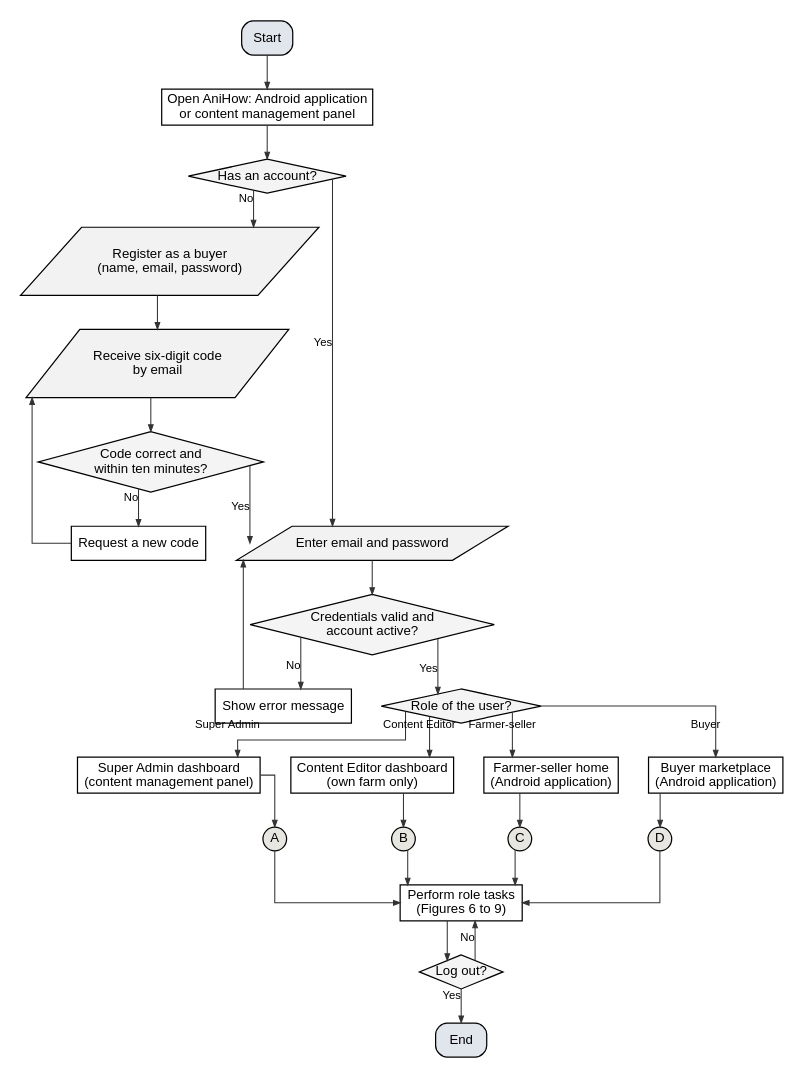
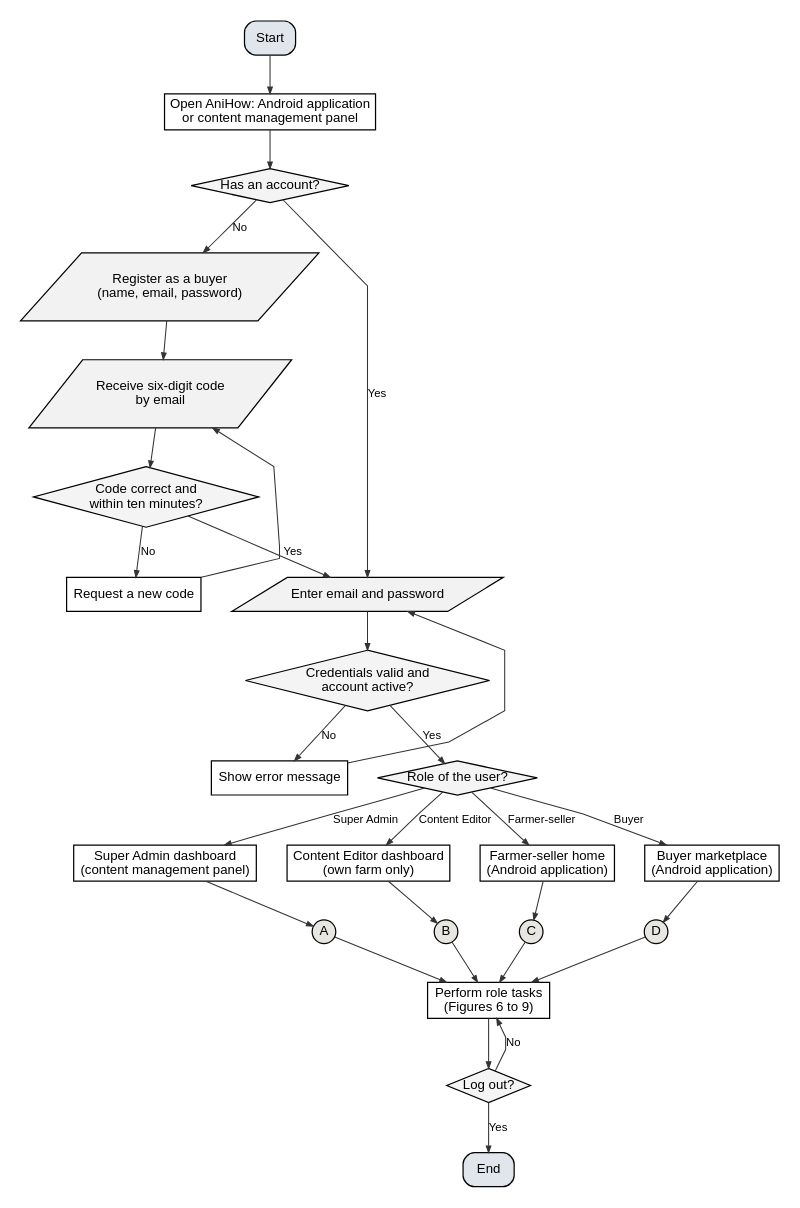
One commit to shawncastaneda11-commits/anihow-backend changed the diagram in docs/manuscript/figures/src/fig5a_flow_overall.dot. Above: the diagram before and after it, drawn with Graphviz. The commit also changed 18 other files, not shown here.

First line of the commit message:
docs(manuscript): keep flowchart and context-diagram labels off the lines

```diff
--- a/docs/manuscript/figures/src/fig5a_flow_overall.dot
+++ b/docs/manuscript/figures/src/fig5a_flow_overall.dot
@@ -1,57 +1,57 @@
 digraph G {
-  graph [rankdir=TB, nodesep=0.45, ranksep=0.5, pad=0.2, fontname="Liberation Sans", newrank=true, splines=ortho];
+  graph [rankdir=TB, nodesep=0.45, ranksep=0.55, pad=0.2, fontname="Liberation Sans", newrank=true, splines=polyline];
   node  [fontname="Liberation Sans", fontsize=14, penwidth=1.3, style=filled, fillcolor="#FFFFFF", margin="0.12,0.06"];
   edge  [penwidth=1.1, arrowsize=0.7, color="#333333", fontname="Liberation Sans", fontsize=12];
   s [shape=box, style="rounded,filled", fillcolor="#E1E6ED", label="Start"];
   open [shape=box, label="Open AniHow: Android application\nor content management panel"];
   acct [shape=diamond, fillcolor="#F4F4F4", label="Has an account?", margin="0.02,0.02"];
   reg [shape=parallelogram, fillcolor="#F2F2F2", label="Register as a buyer\n(name, email, password)", margin="0.02,0.04"];
   code [shape=parallelogram, fillcolor="#F2F2F2", label="Receive six-digit code\nby email", margin="0.02,0.04"];
   valid [shape=diamond, fillcolor="#F4F4F4", label="Code correct and\nwithin ten minutes?", margin="0.02,0.02"];
   resend [shape=box, label="Request a new code"];
   login [shape=parallelogram, fillcolor="#F2F2F2", label="Enter email and password", margin="0.02,0.04"];
   ok [shape=diamond, fillcolor="#F4F4F4", label="Credentials valid and\naccount active?", margin="0.02,0.02"];
   err [shape=box, label="Show error message"];
   role [shape=diamond, fillcolor="#F4F4F4", label="Role of the user?", margin="0.02,0.02"];
   sa [shape=box, label="Super Admin dashboard\n(content management panel)"];
   ce [shape=box, label="Content Editor dashboard\n(own farm only)"];
   fs [shape=box, label="Farmer-seller home\n(Android application)"];
   by [shape=box, label="Buyer marketplace\n(Android application)"];
   csa [shape=circle, width=0.35, fixedsize=true, fillcolor="#E8E6E0", label="A"];
   sa -> csa;
   cce [shape=circle, width=0.35, fixedsize=true, fillcolor="#E8E6E0", label="B"];
   ce -> cce;
   cfs [shape=circle, width=0.35, fixedsize=true, fillcolor="#E8E6E0", label="C"];
   fs -> cfs;
   cby [shape=circle, width=0.35, fixedsize=true, fillcolor="#E8E6E0", label="D"];
   by -> cby;
   tasks [shape=box, label="Perform role tasks\n(Figures 6 to 9)"];
   out [shape=diamond, fillcolor="#F4F4F4", label="Log out?", margin="0.02,0.02"];
   end [shape=box, style="rounded,filled", fillcolor="#E1E6ED", label="End"];
   s -> open;
   open -> acct;
-  acct -> reg [xlabel="No"];
+  acct -> reg [label="No"];
   reg -> code;
   code -> valid;
-  valid -> resend [xlabel="No"];
+  valid -> resend [label="No"];
   resend -> code [constraint=false];
-  valid -> login [xlabel="Yes"];
-  acct -> login [xlabel="Yes"];
+  valid -> login [label="Yes"];
+  acct -> login [label="Yes"];
   login -> ok;
-  ok -> err [xlabel="No"];
+  ok -> err [label="No"];
   err -> login [constraint=false];
-  ok -> role [xlabel="Yes"];
-  role -> sa [headlabel="Super Admin", labeldistance=3.5, labelangle=18];
-  role -> ce [headlabel="Content Editor", labeldistance=3.5, labelangle=18];
-  role -> fs [headlabel="Farmer-seller", labeldistance=3.5, labelangle=18];
-  role -> by [headlabel="Buyer", labeldistance=3.5, labelangle=18];
+  ok -> role [label="Yes"];
+  role -> sa [label="Super Admin"];
+  role -> ce [label="Content Editor"];
+  role -> fs [label="Farmer-seller"];
+  role -> by [label="Buyer"];
   csa -> tasks;
   cce -> tasks;
   cfs -> tasks;
   cby -> tasks;
   tasks -> out;
-  out -> tasks [xlabel="No", constraint=false];
-  out -> end [xlabel="Yes"];
+  out -> tasks [label="No", constraint=false];
+  out -> end [label="Yes"];
   {rank=same; sa ce fs by}
   {rank=same; csa cce cfs cby}
 }
```
